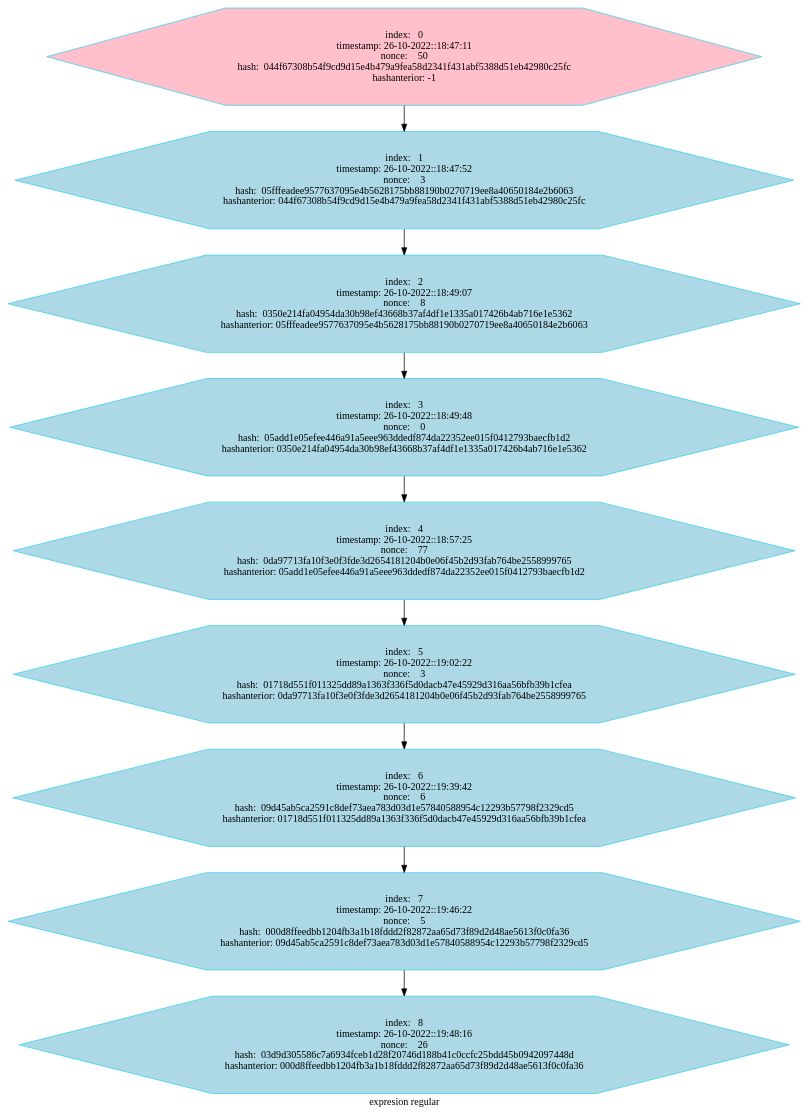
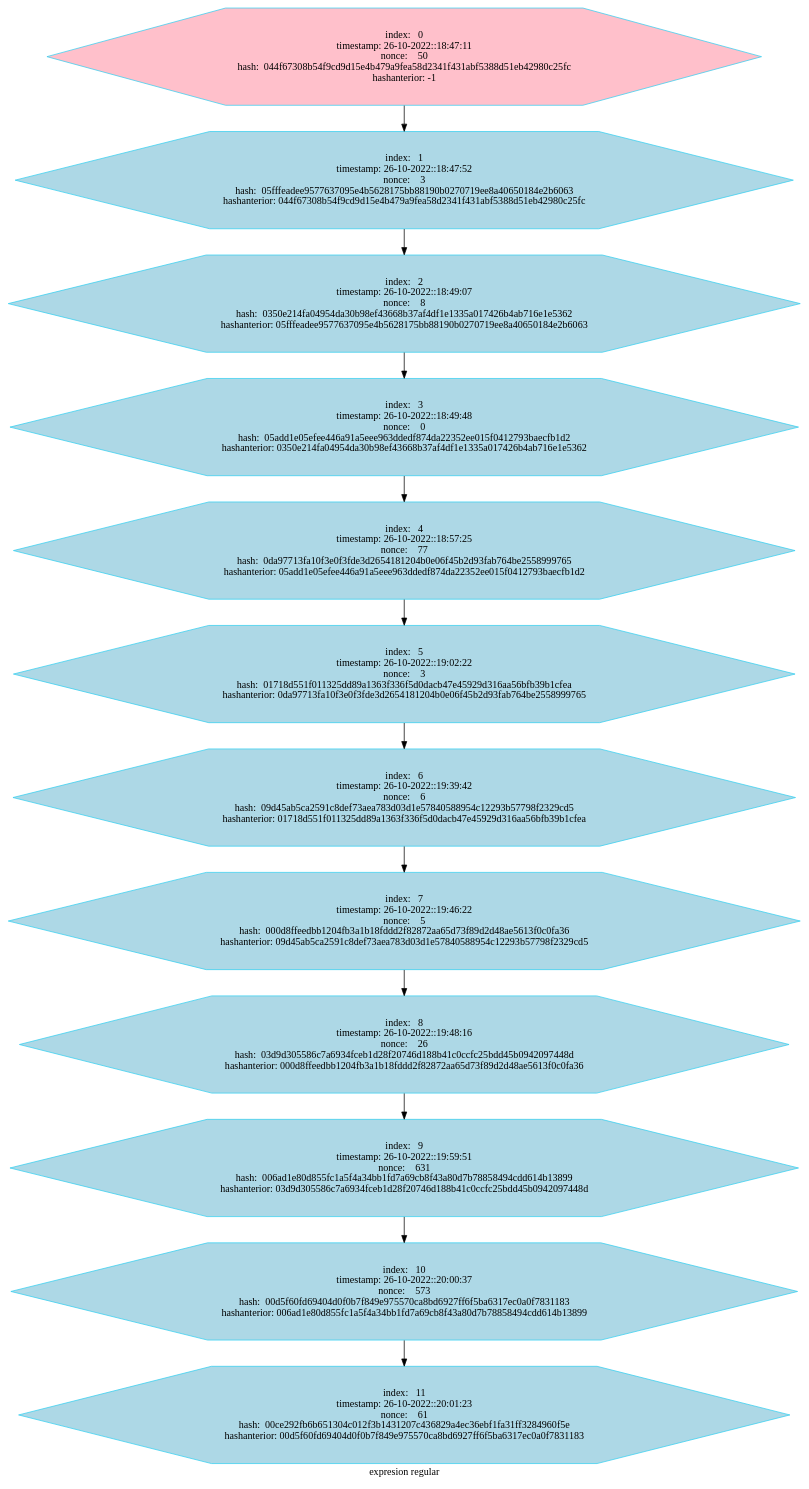
One commit to betebetoven/EDDS2F2 changed the diagram in BLOCKCHAIN.dot. Above: the diagram before and after it, drawn with Graphviz. The commit also changed 12 other files, not shown here.

```diff
--- a/BLOCKCHAIN.dot
+++ b/BLOCKCHAIN.dot
@@ -1,126 +1,168 @@
 digraph G
 {label="expresion regular"
         node[shape = hexagon]
         node[style = filled]
         node[fillcolor = "#EEEEE"]
         node[color = "#EEEEE"]
         node[color = "#31CEF0"]
 
 "index:   0
 timestamp: 26-10-2022::18:47:11
 nonce:    50
 hash:  044f67308b54f9cd9d15e4b479a9fea58d2341f431abf5388d51eb42980c25fc
 hashanterior: -1"->"index:   1
 timestamp: 26-10-2022::18:47:52
 nonce:    3
 hash:  05fffeadee9577637095e4b5628175bb88190b0270719ee8a40650184e2b6063
 hashanterior: 044f67308b54f9cd9d15e4b479a9fea58d2341f431abf5388d51eb42980c25fc"
 "index:   1
 timestamp: 26-10-2022::18:47:52
 nonce:    3
 hash:  05fffeadee9577637095e4b5628175bb88190b0270719ee8a40650184e2b6063
 hashanterior: 044f67308b54f9cd9d15e4b479a9fea58d2341f431abf5388d51eb42980c25fc"->"index:   2
 timestamp: 26-10-2022::18:49:07
 nonce:    8
 hash:  0350e214fa04954da30b98ef43668b37af4df1e1335a017426b4ab716e1e5362
 hashanterior: 05fffeadee9577637095e4b5628175bb88190b0270719ee8a40650184e2b6063"
 "index:   2
 timestamp: 26-10-2022::18:49:07
 nonce:    8
 hash:  0350e214fa04954da30b98ef43668b37af4df1e1335a017426b4ab716e1e5362
 hashanterior: 05fffeadee9577637095e4b5628175bb88190b0270719ee8a40650184e2b6063"->"index:   3
 timestamp: 26-10-2022::18:49:48
 nonce:    0
 hash:  05add1e05efee446a91a5eee963ddedf874da22352ee015f0412793baecfb1d2
 hashanterior: 0350e214fa04954da30b98ef43668b37af4df1e1335a017426b4ab716e1e5362"
 "index:   3
 timestamp: 26-10-2022::18:49:48
 nonce:    0
 hash:  05add1e05efee446a91a5eee963ddedf874da22352ee015f0412793baecfb1d2
 hashanterior: 0350e214fa04954da30b98ef43668b37af4df1e1335a017426b4ab716e1e5362"->"index:   4
 timestamp: 26-10-2022::18:57:25
 nonce:    77
 hash:  0da97713fa10f3e0f3fde3d2654181204b0e06f45b2d93fab764be2558999765
 hashanterior: 05add1e05efee446a91a5eee963ddedf874da22352ee015f0412793baecfb1d2"
 "index:   4
 timestamp: 26-10-2022::18:57:25
 nonce:    77
 hash:  0da97713fa10f3e0f3fde3d2654181204b0e06f45b2d93fab764be2558999765
 hashanterior: 05add1e05efee446a91a5eee963ddedf874da22352ee015f0412793baecfb1d2"->"index:   5
 timestamp: 26-10-2022::19:02:22
 nonce:    3
 hash:  01718d551f011325dd89a1363f336f5d0dacb47e45929d316aa56bfb39b1cfea
 hashanterior: 0da97713fa10f3e0f3fde3d2654181204b0e06f45b2d93fab764be2558999765"
 "index:   5
 timestamp: 26-10-2022::19:02:22
 nonce:    3
 hash:  01718d551f011325dd89a1363f336f5d0dacb47e45929d316aa56bfb39b1cfea
 hashanterior: 0da97713fa10f3e0f3fde3d2654181204b0e06f45b2d93fab764be2558999765"->"index:   6
 timestamp: 26-10-2022::19:39:42
 nonce:    6
 hash:  09d45ab5ca2591c8def73aea783d03d1e57840588954c12293b57798f2329cd5
 hashanterior: 01718d551f011325dd89a1363f336f5d0dacb47e45929d316aa56bfb39b1cfea"
 "index:   6
 timestamp: 26-10-2022::19:39:42
 nonce:    6
 hash:  09d45ab5ca2591c8def73aea783d03d1e57840588954c12293b57798f2329cd5
 hashanterior: 01718d551f011325dd89a1363f336f5d0dacb47e45929d316aa56bfb39b1cfea"->"index:   7
 timestamp: 26-10-2022::19:46:22
 nonce:    5
 hash:  000d8ffeedbb1204fb3a1b18fddd2f82872aa65d73f89d2d48ae5613f0c0fa36
 hashanterior: 09d45ab5ca2591c8def73aea783d03d1e57840588954c12293b57798f2329cd5"
 "index:   7
 timestamp: 26-10-2022::19:46:22
 nonce:    5
 hash:  000d8ffeedbb1204fb3a1b18fddd2f82872aa65d73f89d2d48ae5613f0c0fa36
 hashanterior: 09d45ab5ca2591c8def73aea783d03d1e57840588954c12293b57798f2329cd5"->"index:   8
 timestamp: 26-10-2022::19:48:16
 nonce:    26
 hash:  03d9d305586c7a6934fceb1d28f20746d188b41c0ccfc25bdd45b0942097448d
 hashanterior: 000d8ffeedbb1204fb3a1b18fddd2f82872aa65d73f89d2d48ae5613f0c0fa36"
+"index:   8
+timestamp: 26-10-2022::19:48:16
+nonce:    26
+hash:  03d9d305586c7a6934fceb1d28f20746d188b41c0ccfc25bdd45b0942097448d
+hashanterior: 000d8ffeedbb1204fb3a1b18fddd2f82872aa65d73f89d2d48ae5613f0c0fa36"->"index:   9
+timestamp: 26-10-2022::19:59:51
+nonce:    631
+hash:  006ad1e80d855fc1a5f4a34bb1fd7a69cb8f43a80d7b78858494cdd614b13899
+hashanterior: 03d9d305586c7a6934fceb1d28f20746d188b41c0ccfc25bdd45b0942097448d"
+"index:   9
+timestamp: 26-10-2022::19:59:51
+nonce:    631
+hash:  006ad1e80d855fc1a5f4a34bb1fd7a69cb8f43a80d7b78858494cdd614b13899
+hashanterior: 03d9d305586c7a6934fceb1d28f20746d188b41c0ccfc25bdd45b0942097448d"->"index:   10
+timestamp: 26-10-2022::20:00:37
+nonce:    573
+hash:  00d5f60fd69404d0f0b7f849e975570ca8bd6927ff6f5ba6317ec0a0f7831183
+hashanterior: 006ad1e80d855fc1a5f4a34bb1fd7a69cb8f43a80d7b78858494cdd614b13899"
+"index:   10
+timestamp: 26-10-2022::20:00:37
+nonce:    573
+hash:  00d5f60fd69404d0f0b7f849e975570ca8bd6927ff6f5ba6317ec0a0f7831183
+hashanterior: 006ad1e80d855fc1a5f4a34bb1fd7a69cb8f43a80d7b78858494cdd614b13899"->"index:   11
+timestamp: 26-10-2022::20:01:23
+nonce:    61
+hash:  00ce292fb6b651304c012f3b1431207c436829a4ec36ebf1fa31ff3284960f5e
+hashanterior: 00d5f60fd69404d0f0b7f849e975570ca8bd6927ff6f5ba6317ec0a0f7831183"
 "index:   0
 timestamp: 26-10-2022::18:47:11
 nonce:    50
 hash:  044f67308b54f9cd9d15e4b479a9fea58d2341f431abf5388d51eb42980c25fc
 hashanterior: -1"[fillcolor="pink"]
 "index:   1
 timestamp: 26-10-2022::18:47:52
 nonce:    3
 hash:  05fffeadee9577637095e4b5628175bb88190b0270719ee8a40650184e2b6063
 hashanterior: 044f67308b54f9cd9d15e4b479a9fea58d2341f431abf5388d51eb42980c25fc"[fillcolor="lightblue"]
 "index:   2
 timestamp: 26-10-2022::18:49:07
 nonce:    8
 hash:  0350e214fa04954da30b98ef43668b37af4df1e1335a017426b4ab716e1e5362
 hashanterior: 05fffeadee9577637095e4b5628175bb88190b0270719ee8a40650184e2b6063"[fillcolor="lightblue"]
 "index:   3
 timestamp: 26-10-2022::18:49:48
 nonce:    0
 hash:  05add1e05efee446a91a5eee963ddedf874da22352ee015f0412793baecfb1d2
 hashanterior: 0350e214fa04954da30b98ef43668b37af4df1e1335a017426b4ab716e1e5362"[fillcolor="lightblue"]
 "index:   4
 timestamp: 26-10-2022::18:57:25
 nonce:    77
 hash:  0da97713fa10f3e0f3fde3d2654181204b0e06f45b2d93fab764be2558999765
 hashanterior: 05add1e05efee446a91a5eee963ddedf874da22352ee015f0412793baecfb1d2"[fillcolor="lightblue"]
 "index:   5
 timestamp: 26-10-2022::19:02:22
 nonce:    3
 hash:  01718d551f011325dd89a1363f336f5d0dacb47e45929d316aa56bfb39b1cfea
 hashanterior: 0da97713fa10f3e0f3fde3d2654181204b0e06f45b2d93fab764be2558999765"[fillcolor="lightblue"]
 "index:   6
 timestamp: 26-10-2022::19:39:42
 nonce:    6
 hash:  09d45ab5ca2591c8def73aea783d03d1e57840588954c12293b57798f2329cd5
 hashanterior: 01718d551f011325dd89a1363f336f5d0dacb47e45929d316aa56bfb39b1cfea"[fillcolor="lightblue"]
 "index:   7
 timestamp: 26-10-2022::19:46:22
 nonce:    5
 hash:  000d8ffeedbb1204fb3a1b18fddd2f82872aa65d73f89d2d48ae5613f0c0fa36
 hashanterior: 09d45ab5ca2591c8def73aea783d03d1e57840588954c12293b57798f2329cd5"[fillcolor="lightblue"]
 "index:   8
 timestamp: 26-10-2022::19:48:16
 nonce:    26
 hash:  03d9d305586c7a6934fceb1d28f20746d188b41c0ccfc25bdd45b0942097448d
 hashanterior: 000d8ffeedbb1204fb3a1b18fddd2f82872aa65d73f89d2d48ae5613f0c0fa36"[fillcolor="lightblue"]
+"index:   9
+timestamp: 26-10-2022::19:59:51
+nonce:    631
+hash:  006ad1e80d855fc1a5f4a34bb1fd7a69cb8f43a80d7b78858494cdd614b13899
+hashanterior: 03d9d305586c7a6934fceb1d28f20746d188b41c0ccfc25bdd45b0942097448d"[fillcolor="lightblue"]
+"index:   10
+timestamp: 26-10-2022::20:00:37
+nonce:    573
+hash:  00d5f60fd69404d0f0b7f849e975570ca8bd6927ff6f5ba6317ec0a0f7831183
+hashanterior: 006ad1e80d855fc1a5f4a34bb1fd7a69cb8f43a80d7b78858494cdd614b13899"[fillcolor="lightblue"]
+"index:   11
+timestamp: 26-10-2022::20:01:23
+nonce:    61
+hash:  00ce292fb6b651304c012f3b1431207c436829a4ec36ebf1fa31ff3284960f5e
+hashanterior: 00d5f60fd69404d0f0b7f849e975570ca8bd6927ff6f5ba6317ec0a0f7831183"[fillcolor="lightblue"]
 }
```
